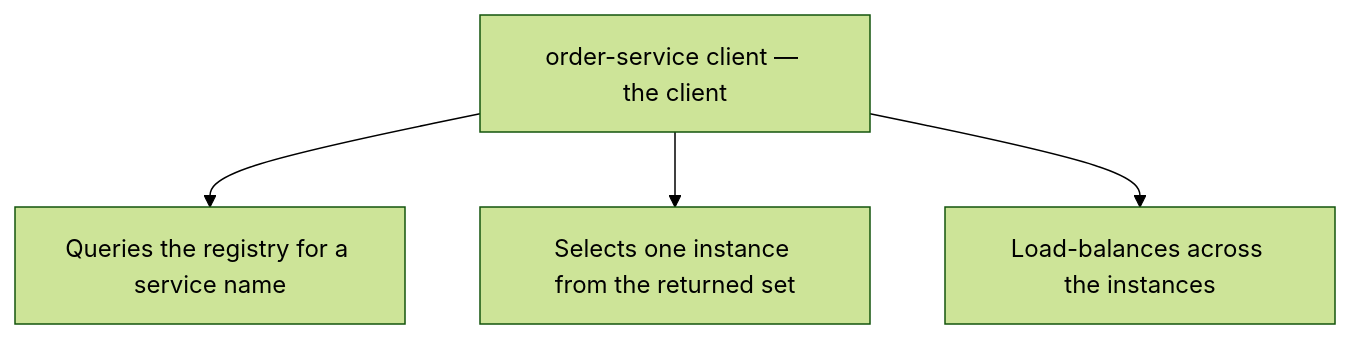
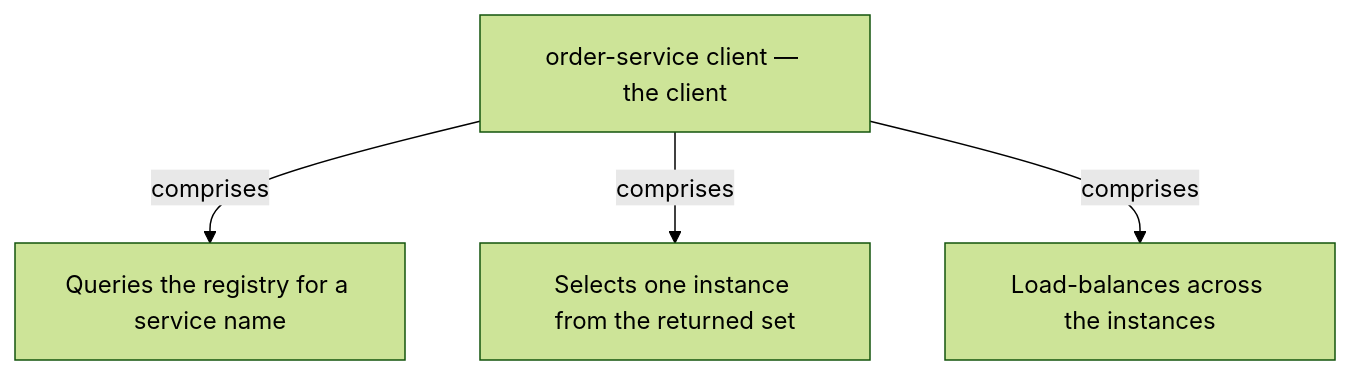
The fifth of 13 diagrams in docs/ch09-client-side-discovery.md (vinayakuber/microservices-io-study-guide), drawn with Mermaid (forest theme) before and after one commit. The commit also changed other lines of this file and 71 other files, not shown here.

First line of the commit message:
R18: label every diagram arrow with its meaning

````diff
--- a/docs/ch09-client-side-discovery.md
+++ b/docs/ch09-client-side-discovery.md
@@ -234,7 +234,7 @@
 ```mermaid
 flowchart TD
   R["order-service client — the client"]
-  R --> P0["Queries the registry for a service name"]
-  R --> P1["Selects one instance from the returned set"]
-  R --> P2["Load-balances across the instances"]
+  R -->|"comprises"| P0["Queries the registry for a service name"]
+  R -->|"comprises"| P1["Selects one instance from the returned set"]
+  R -->|"comprises"| P2["Load-balances across the instances"]
 ```
````
